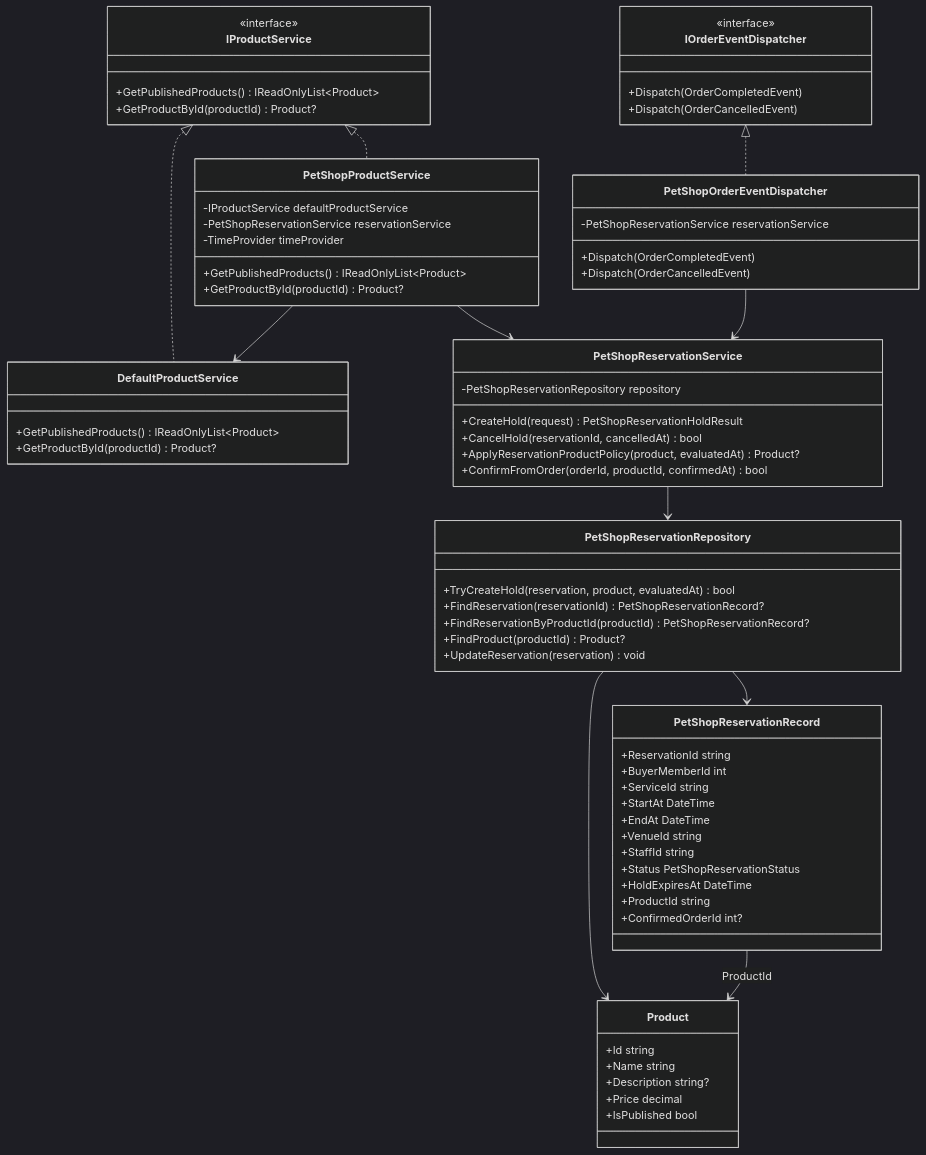
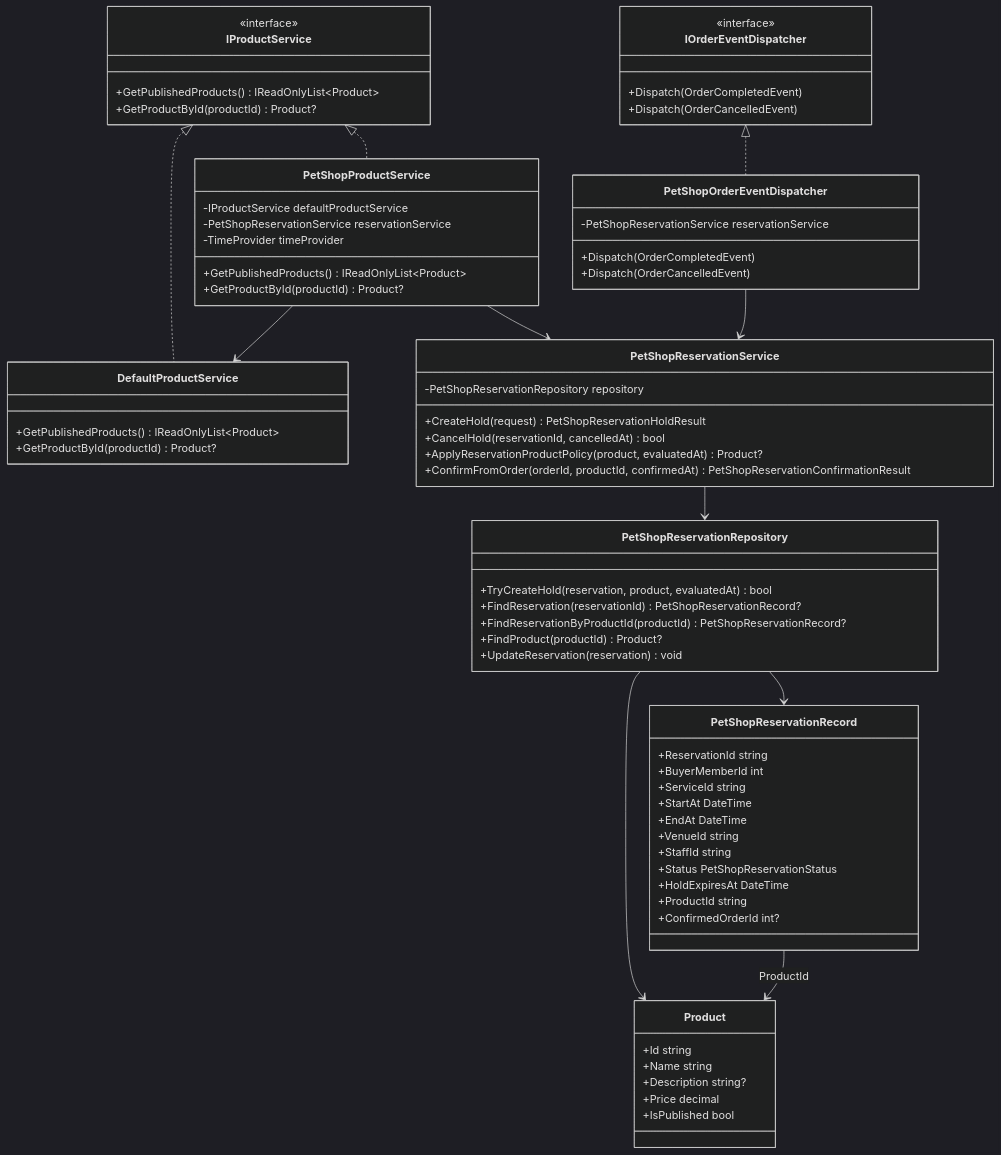
One commit to andrew0928/AndrewDemo.NetConf2023 changed the third of 8 diagrams in docs/petshop-reservation-lifecycle-draft.md. Above: the diagram before and after it, drawn with Mermaid (dark theme). The commit also changed other lines of this file and 12 other files, not shown here.

First line of the commit message:
Implement PetShop reservation purchase discount

````diff
--- a/docs/petshop-reservation-lifecycle-draft.md
+++ b/docs/petshop-reservation-lifecycle-draft.md
@@ -73,82 +73,82 @@
 ```mermaid
 classDiagram
     class Product {
         +Id string
         +Name string
         +Description string?
         +Price decimal
         +IsPublished bool
     }
 
     class IProductService {
         <<interface>>
         +GetPublishedProducts() IReadOnlyList~Product~
         +GetProductById(productId) Product?
     }
 
     class IOrderEventDispatcher {
         <<interface>>
         +Dispatch(OrderCompletedEvent)
         +Dispatch(OrderCancelledEvent)
     }
 
     class DefaultProductService {
         +GetPublishedProducts() IReadOnlyList~Product~
         +GetProductById(productId) Product?
     }
 
     class PetShopProductService {
         -IProductService defaultProductService
         -PetShopReservationService reservationService
         -TimeProvider timeProvider
         +GetPublishedProducts() IReadOnlyList~Product~
         +GetProductById(productId) Product?
     }
 
     class PetShopOrderEventDispatcher {
         -PetShopReservationService reservationService
         +Dispatch(OrderCompletedEvent)
         +Dispatch(OrderCancelledEvent)
     }
 
     class PetShopReservationService {
         -PetShopReservationRepository repository
         +CreateHold(request) PetShopReservationHoldResult
         +CancelHold(reservationId, cancelledAt) bool
         +ApplyReservationProductPolicy(product, evaluatedAt) Product?
-        +ConfirmFromOrder(orderId, productId, confirmedAt) bool
+        +ConfirmFromOrder(orderId, productId, confirmedAt) PetShopReservationConfirmationResult
     }
 
     class PetShopReservationRepository {
         +TryCreateHold(reservation, product, evaluatedAt) bool
         +FindReservation(reservationId) PetShopReservationRecord?
         +FindReservationByProductId(productId) PetShopReservationRecord?
         +FindProduct(productId) Product?
         +UpdateReservation(reservation) void
     }
 
     class PetShopReservationRecord {
         +ReservationId string
         +BuyerMemberId int
         +ServiceId string
         +StartAt DateTime
         +EndAt DateTime
         +VenueId string
         +StaffId string
         +Status PetShopReservationStatus
         +HoldExpiresAt DateTime
         +ProductId string
         +ConfirmedOrderId int?
     }
 
     IProductService <|.. DefaultProductService
     IProductService <|.. PetShopProductService
     IOrderEventDispatcher <|.. PetShopOrderEventDispatcher
     PetShopProductService --> DefaultProductService
     PetShopProductService --> PetShopReservationService
     PetShopOrderEventDispatcher --> PetShopReservationService
     PetShopReservationService --> PetShopReservationRepository
     PetShopReservationRepository --> PetShopReservationRecord
     PetShopReservationRepository --> Product
     PetShopReservationRecord --> Product : ProductId
 ```
````
